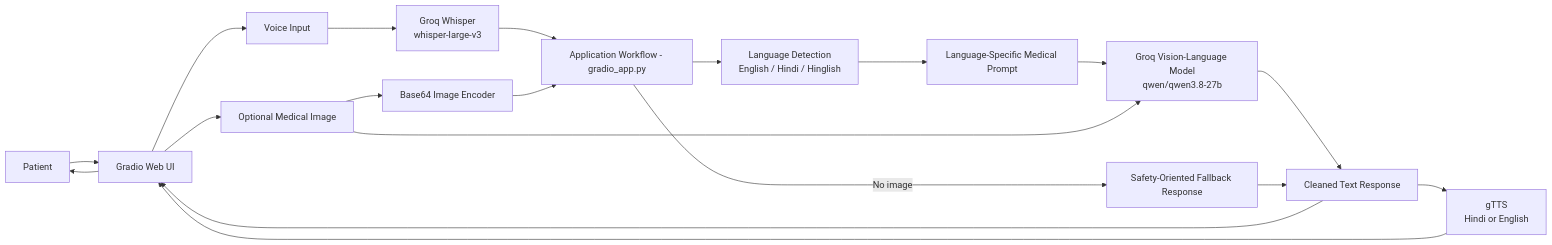
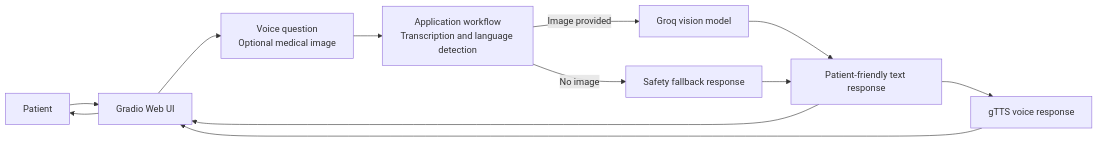
The diagram in README.md (dheryanshjain/VaidyaAI), drawn with Mermaid before and after one commit. The commit also changed other lines of this file, not shown here.

````diff
--- a/README.md
+++ b/README.md
@@ -65,24 +60,14 @@
 ```mermaid
 flowchart LR
-    User[Patient] --> UI[Gradio Web UI]
-    UI --> Audio[Voice Input]
-    UI --> Image[Optional Medical Image]
-
-    Audio --> STT[Groq Whisper\nwhisper-large-v3]
-      STT --> Workflow[Application Workflow - gradio_app.py]
-    Image --> Encoder[Base64 Image Encoder]
-    Encoder --> Workflow
-
-    Workflow --> Language[Language Detection\nEnglish / Hindi / Hinglish]
-    Language --> Prompt[Language-Specific Medical Prompt]
-    Prompt --> Vision[Groq Vision-Language Model\nqwen/qwen3.8-27b]
-    Image --> Vision
-    Workflow -->|No image| Fallback[Safety-Oriented Fallback Response]
-    Vision --> Response[Cleaned Text Response]
+    Patient[Patient] --> UI[Gradio Web UI]
+    UI --> Input[Voice question<br/>Optional medical image]
+    Input --> Processing[Application workflow<br/>Transcription and language detection]
+    Processing -->|Image provided| Vision[Groq vision model]
+    Processing -->|No image| Fallback[Safety fallback response]
+    Vision --> Response[Patient-friendly text response]
     Fallback --> Response
-
-    Response --> TTS[gTTS\nHindi or English]
+    Response --> Voice[gTTS voice response]
     Response --> UI
-    TTS --> UI
-    UI --> User
+    Voice --> UI
+    UI --> Patient
 ```
````
